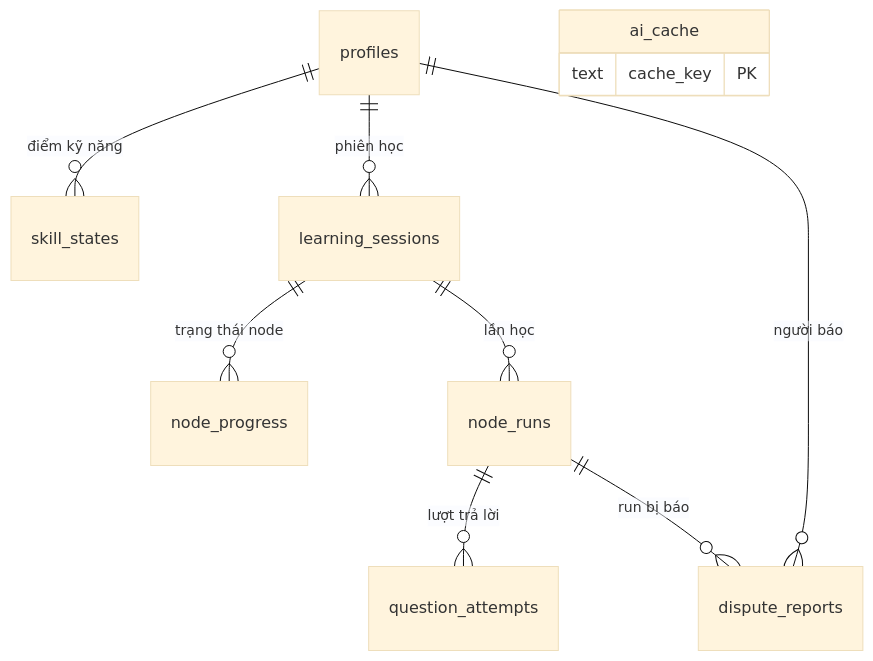
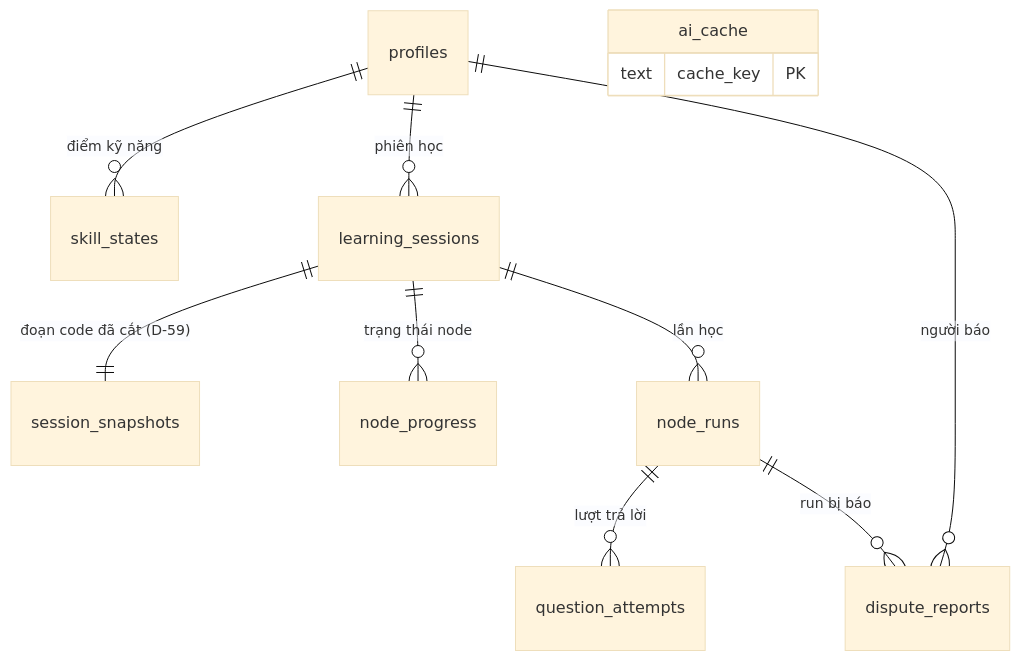
The second of 3 diagrams in spec/03_API_VA_LUU_TRU.md (huynhthanhnhannnh-pixel/Hackathon_SGU), drawn with Mermaid (base theme) before and after one commit. The commit also changed other lines of this file and 11 other files, not shown here.

First line of the commit message:
docs(spec): D-55..D-60 — bố cục điểm bắt đầu, nối node thuật toán, mobile, main mọi ngôn ngữ, lưu đoạn code đã cắt, đổi tên MASTERED_MIN

````diff
--- a/spec/03_API_VA_LUU_TRU.md
+++ b/spec/03_API_VA_LUU_TRU.md
@@ -98,13 +97,14 @@
 ```mermaid
 erDiagram
   profiles ||--o{ skill_states : "điểm kỹ năng"
   profiles ||--o{ learning_sessions : "phiên học"
+  learning_sessions ||--|| session_snapshots : "đoạn code đã cắt (D-59)"
   learning_sessions ||--o{ node_progress : "trạng thái node"
   learning_sessions ||--o{ node_runs : "lần học"
   node_runs ||--o{ question_attempts : "lượt trả lời"
   profiles ||--o{ dispute_reports : "người báo"
   node_runs ||--o{ dispute_reports : "run bị báo"
   ai_cache {
     text cache_key PK
   }
 ```
````
